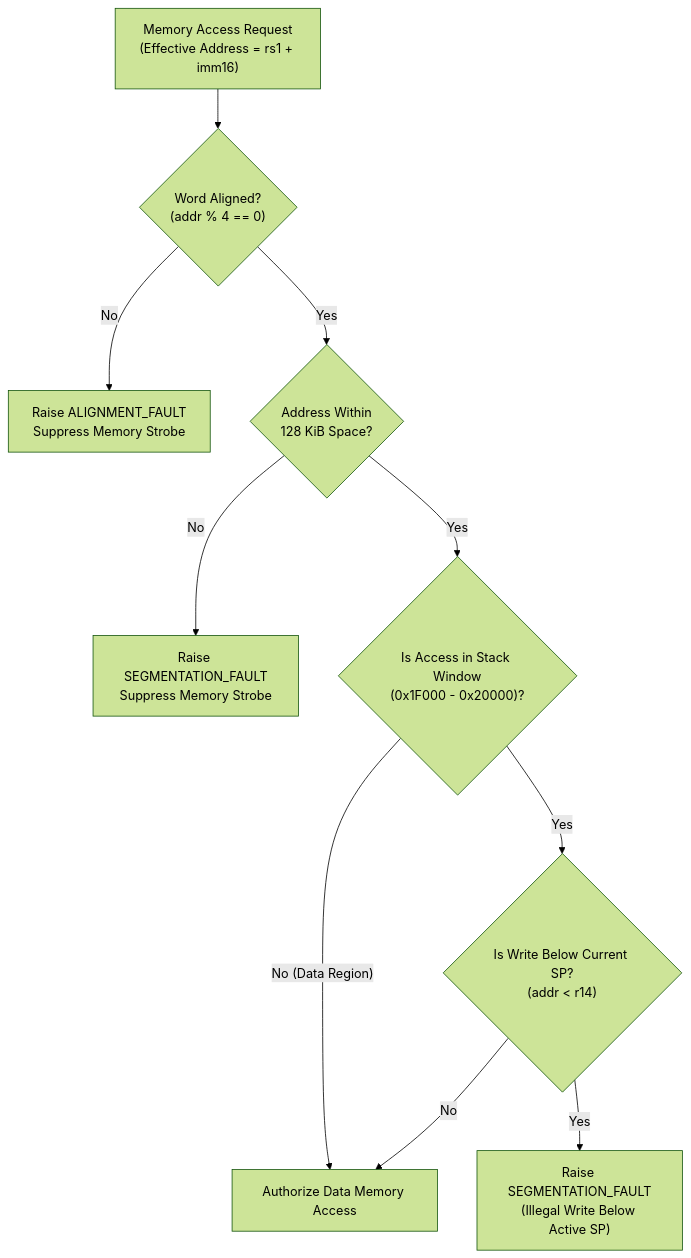
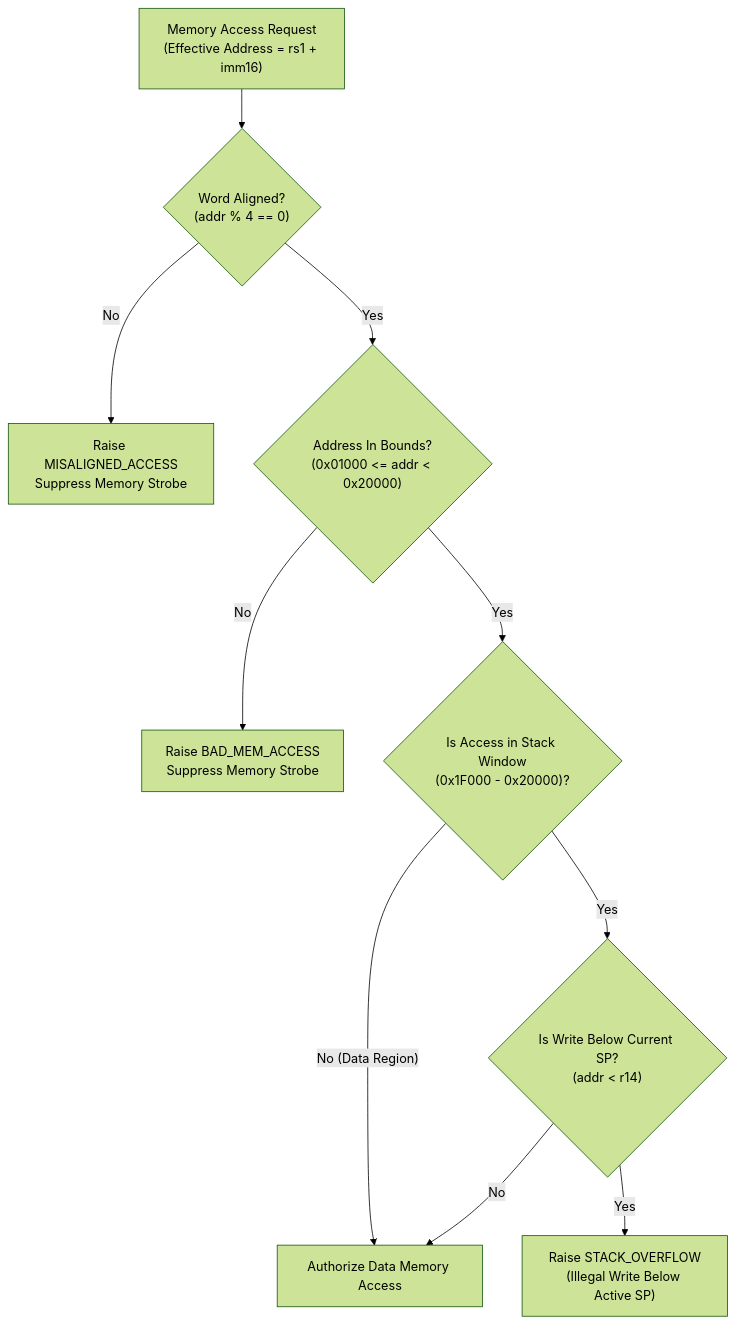
One commit to garv-iitr/Monolith changed the second of 3 diagrams in docs/memory_safety.md. Above: the diagram before and after it, drawn with Mermaid (forest theme). The commit also changed other lines of this file and 13 other files, not shown here.

````diff
--- a/docs/memory_safety.md
+++ b/docs/memory_safety.md
@@ -35,16 +35,16 @@
 ```mermaid
 flowchart TD
     ADDR["Memory Access Request<br/>(Effective Address = rs1 + imm16)"] --> ALIGN{"Word Aligned?<br/>(addr % 4 == 0)"}
     
-    ALIGN -->|"No"| FAULT_ALIGN["Raise ALIGNMENT_FAULT<br/>Suppress Memory Strobe"]
-    ALIGN -->|"Yes"| BOUNDS{"Address Within<br/>128 KiB Space?"}
+    ALIGN -->|"No"| FAULT_ALIGN["Raise MISALIGNED_ACCESS<br/>Suppress Memory Strobe"]
+    ALIGN -->|"Yes"| BOUNDS{"Address In Bounds?<br/>(0x01000 <= addr < 0x20000)"}
     
-    BOUNDS -->|"No"| FAULT_SEG["Raise SEGMENTATION_FAULT<br/>Suppress Memory Strobe"]
+    BOUNDS -->|"No"| FAULT_SEG["Raise BAD_MEM_ACCESS<br/>Suppress Memory Strobe"]
     BOUNDS -->|"Yes"| STK_CHK{"Is Access in Stack Window<br/>(0x1F000 - 0x20000)?"}
     
     STK_CHK -->|"No (Data Region)"| PASS["Authorize Data Memory Access"]
     STK_CHK -->|"Yes"| WRITE_BELOW{"Is Write Below Current SP?<br/>(addr < r14)"}
     
-    WRITE_BELOW -->|"Yes"| FAULT_SP["Raise SEGMENTATION_FAULT<br/>(Illegal Write Below Active SP)"]
+    WRITE_BELOW -->|"Yes"| FAULT_SP["Raise STACK_OVERFLOW<br/>(Illegal Write Below Active SP)"]
     WRITE_BELOW -->|"No"| PASS
 ```
````
